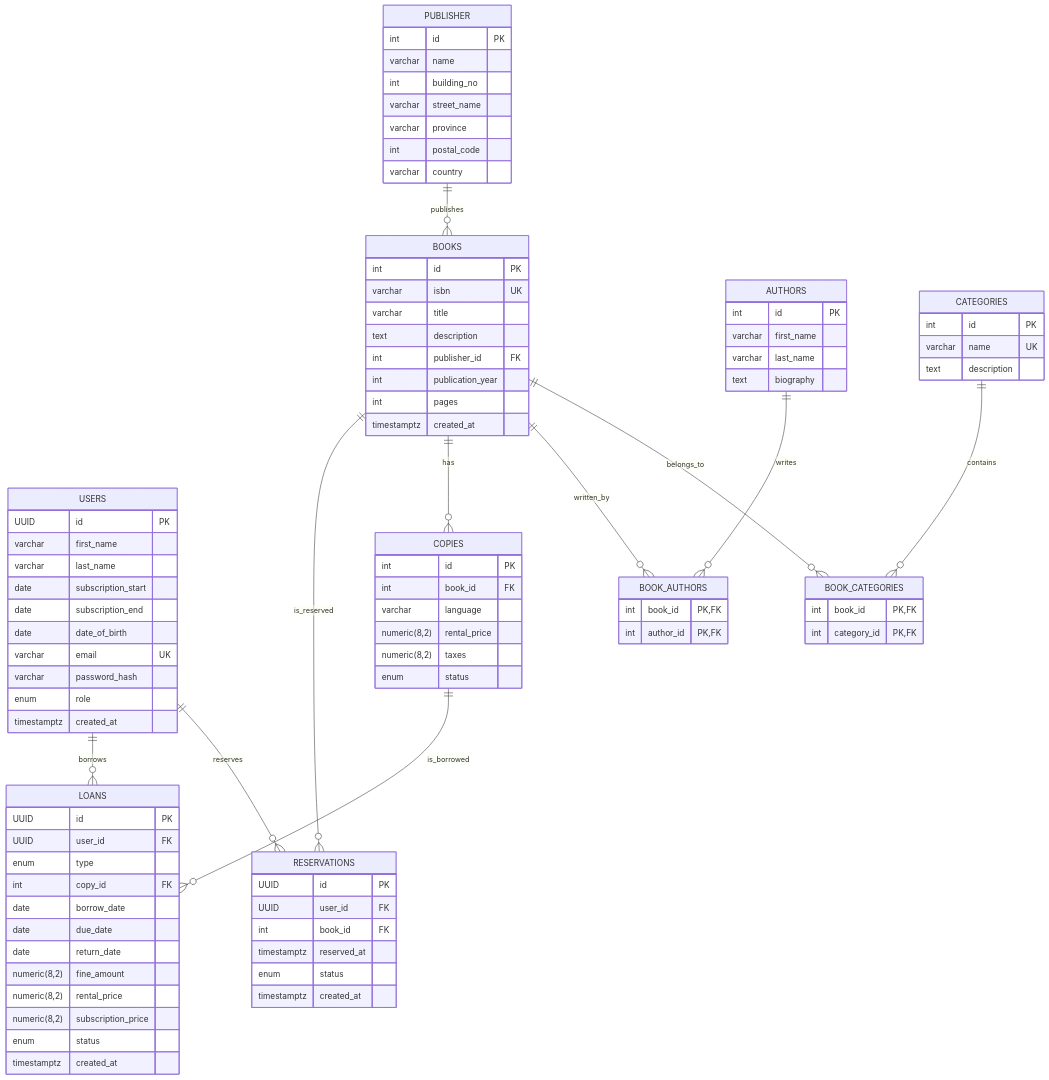
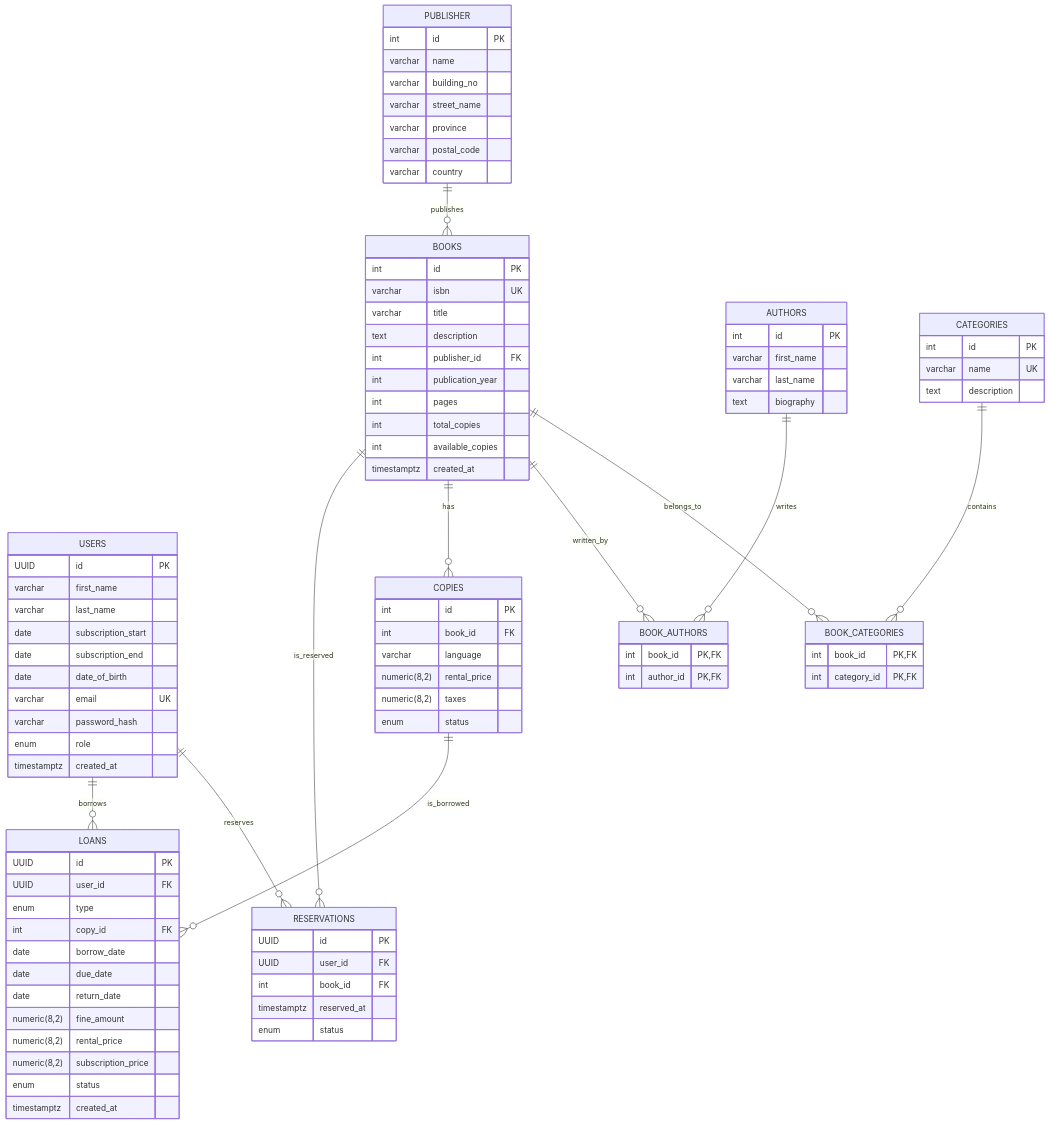
The diagram in README.md (medo458/DBMS_PROJECT_2026_ASU), drawn with Mermaid before and after one commit. The commit also changed other lines of this file, not shown here.

````diff
--- a/README.md
+++ b/README.md
@@ -51,6 +52,8 @@
         int publisher_id FK
         int publication_year
         int pages
+        int total_copies
+        int available_copies
         timestamptz created_at
     }
 
@@ -107,16 +110,15 @@
         int book_id FK
         timestamptz reserved_at
         enum status
-        timestamptz created_at
     }
 
     PUBLISHER {
         int id PK
         varchar name
-        int building_no
+        varchar building_no
         varchar street_name
         varchar province
-        int postal_code
+        varchar postal_code
         varchar country
     }
 ```
````
